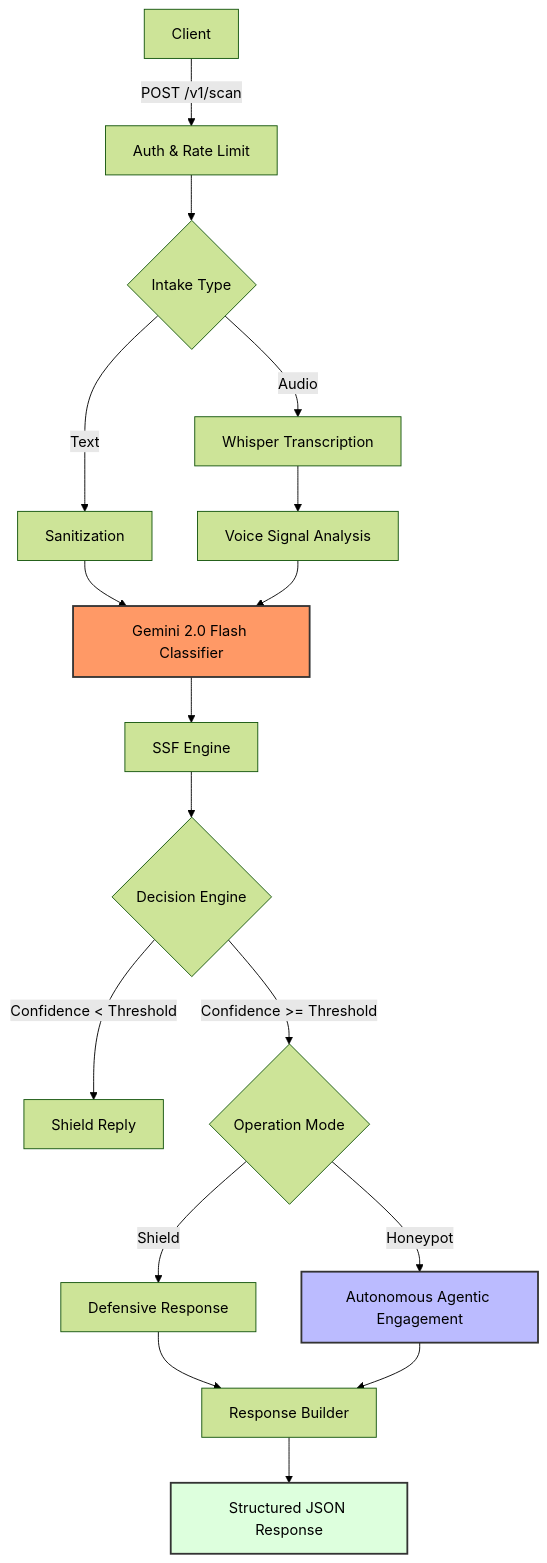
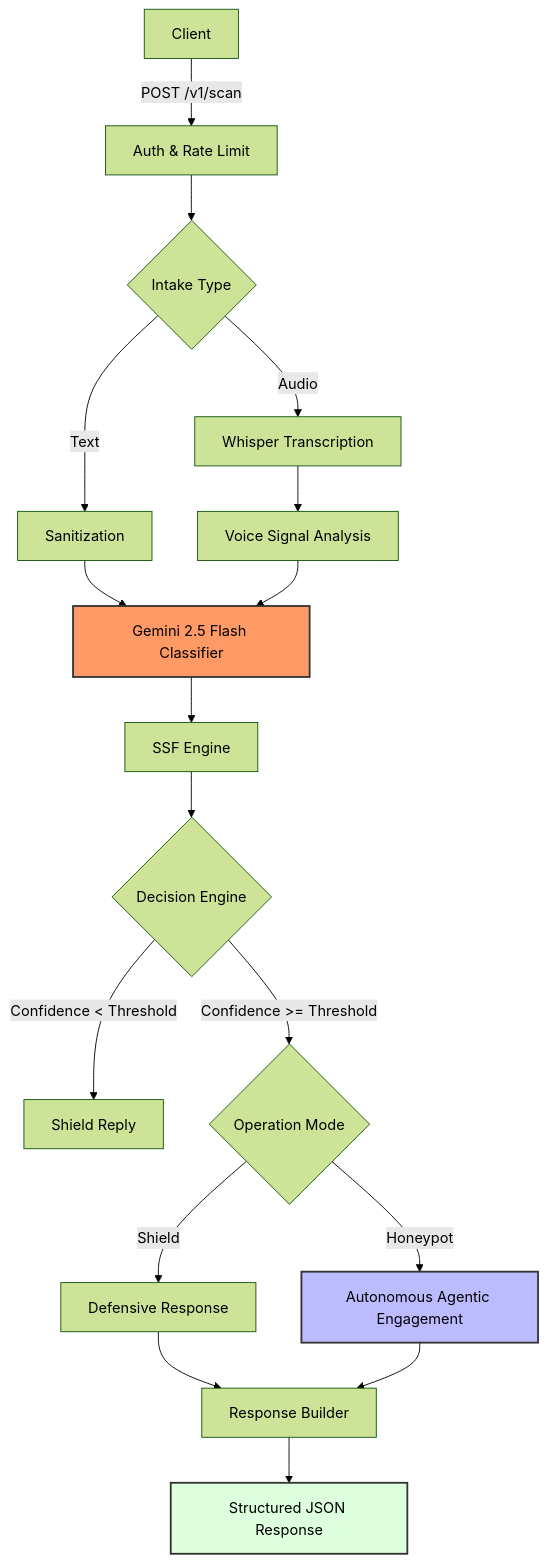
Before and after one commit to bhargava562/block-safe: the diagram in README.md, drawn with Mermaid (forest theme). The commit also changed other lines of this file, not shown here.

````diff
--- a/README.md
+++ b/README.md
@@ -44,35 +44,35 @@
 ```mermaid
 flowchart TD
   %% Client and Entry Layer
   A[Client] -->|POST /v1/scan| B[Auth & Rate Limit]
   
   %% Intake Layer
   B --> C{Intake Type}
   C -->|Text| D[Sanitization]
   C -->|Audio| E[Whisper Transcription]
   E --> F[Voice Signal Analysis]
   
   %% AI Core Analysis Layer
-  D --> G[Gemini 2.0 Flash Classifier]
+  D --> G[Gemini 2.5 Flash Classifier]
   F --> G
   G --> H[SSF Engine]
   
   %% Decision & Mode Selection Layer
   H --> I{Decision Engine}
   I -->|Confidence < Threshold| J[Shield Reply]
   I -->|Confidence >= Threshold| K{Operation Mode}
   
   %% Mode Specific Logic
   K -->|Shield| L[Defensive Response]
   K -->|Honeypot| M[Autonomous Agentic Engagement]
   
   %% Intelligence & Response Layer
   L --> N[Response Builder]
   M --> N
   N --> O[Structured JSON Response]
   
   %% Styling
   style G fill:#f96,stroke:#333,stroke-width:2px
   style M fill:#bbf,stroke:#333,stroke-width:2px
   style O fill:#dfd,stroke:#333,stroke-width:2px
 ```
````
